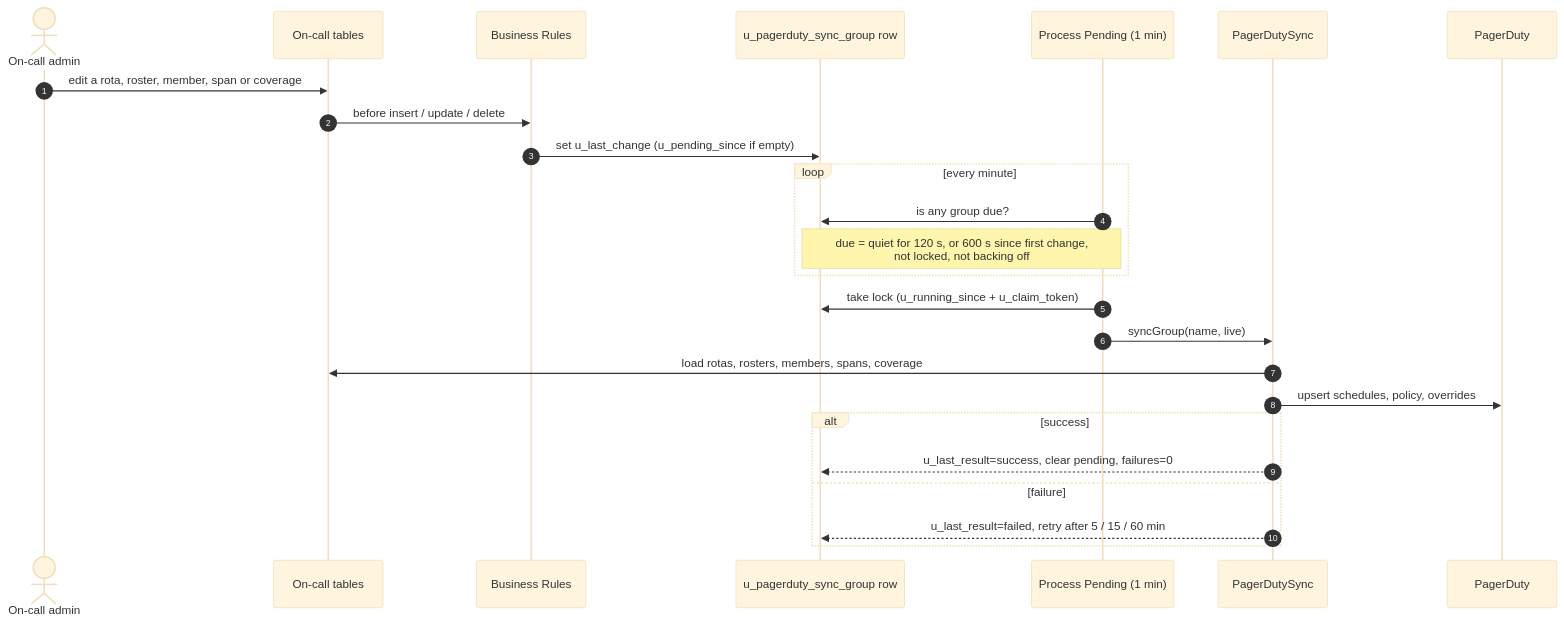
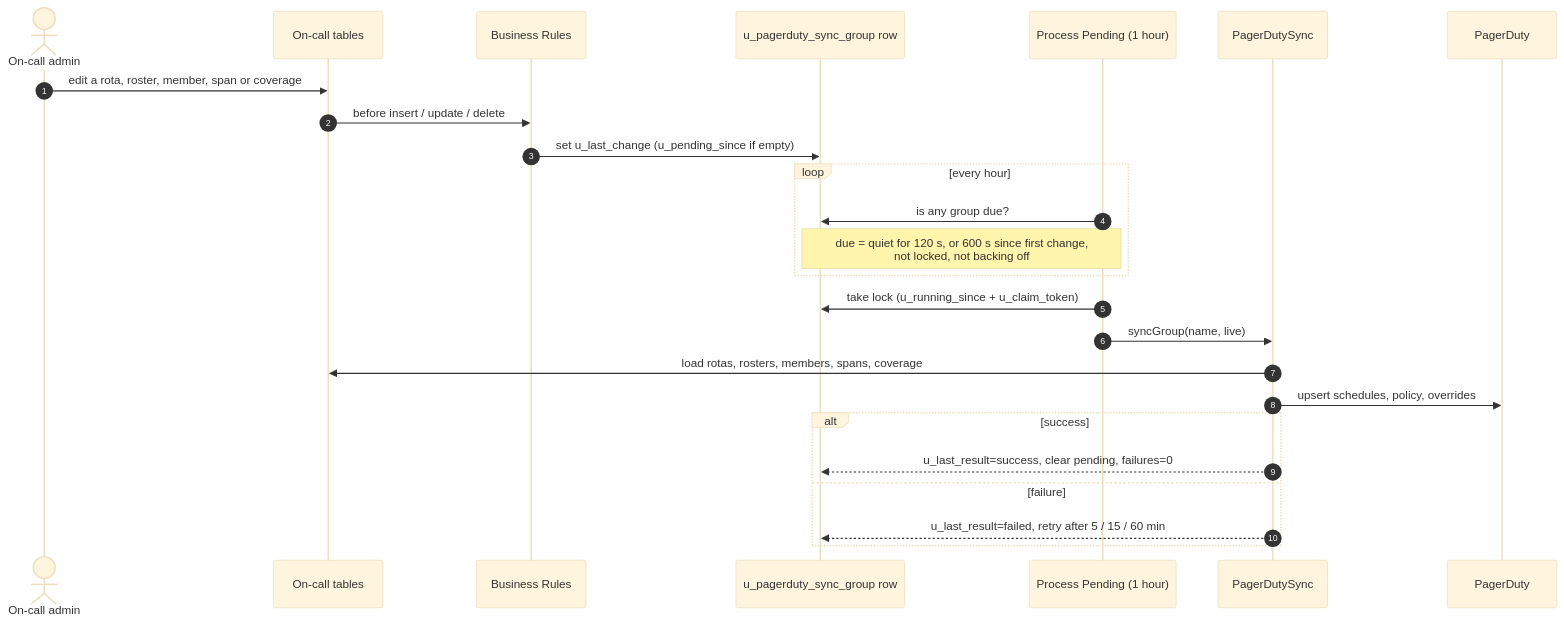
Before and after one commit to martindstone/snow-rota-sync: the third of 5 diagrams in README.md, drawn with Mermaid (base theme). The commit also changed other lines of this file and 12 other files, not shown here.

````diff
--- a/README.md
+++ b/README.md
@@ -78,27 +78,27 @@
 ```mermaid
 sequenceDiagram
   autonumber
   actor Ed as On-call admin
   participant Src as On-call tables
   participant BR as Business Rules
   participant Row as u_pagerduty_sync_group row
-  participant Job as Process Pending (1 min)
+  participant Job as Process Pending (1 hour)
   participant Sync as PagerDutySync
   participant PD as PagerDuty
   Ed->>Src: edit a rota, roster, member, span or coverage
   Src->>BR: before insert / update / delete
   BR->>Row: set u_last_change (u_pending_since if empty)
-  loop every minute
+  loop every hour
     Job->>Row: is any group due?
     Note over Job,Row: due = quiet for 120 s, or 600 s since first change,<br/>not locked, not backing off
   end
   Job->>Row: take lock (u_running_since + u_claim_token)
   Job->>Sync: syncGroup(name, live)
   Sync->>Src: load rotas, rosters, members, spans, coverage
   Sync->>PD: upsert schedules, policy, overrides
   alt success
     Sync-->>Row: u_last_result=success, clear pending, failures=0
   else failure
     Sync-->>Row: u_last_result=failed, retry after 5 / 15 / 60 min
   end
 ```
````
